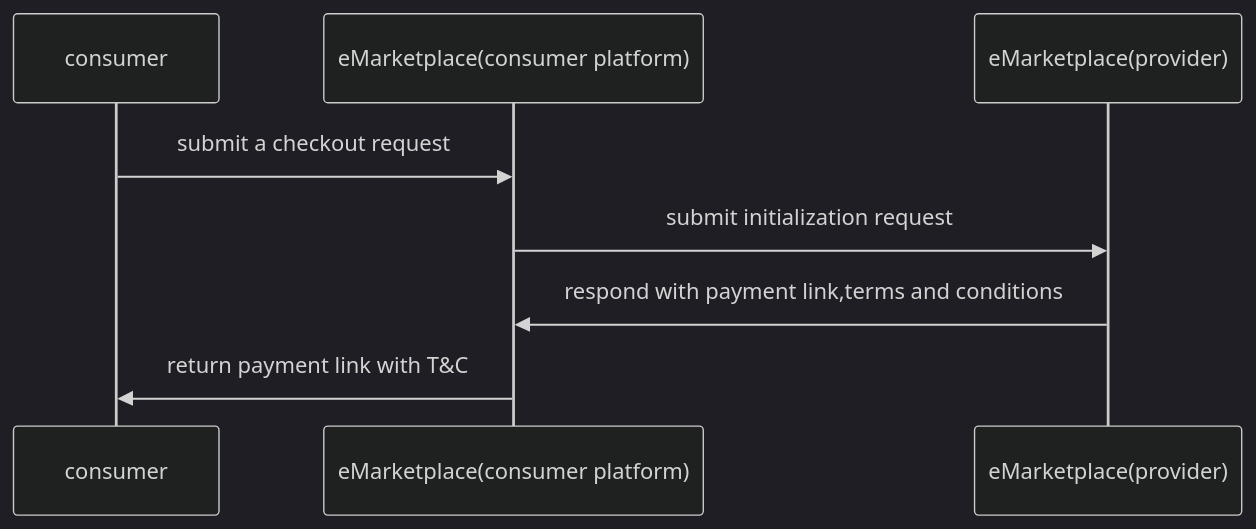
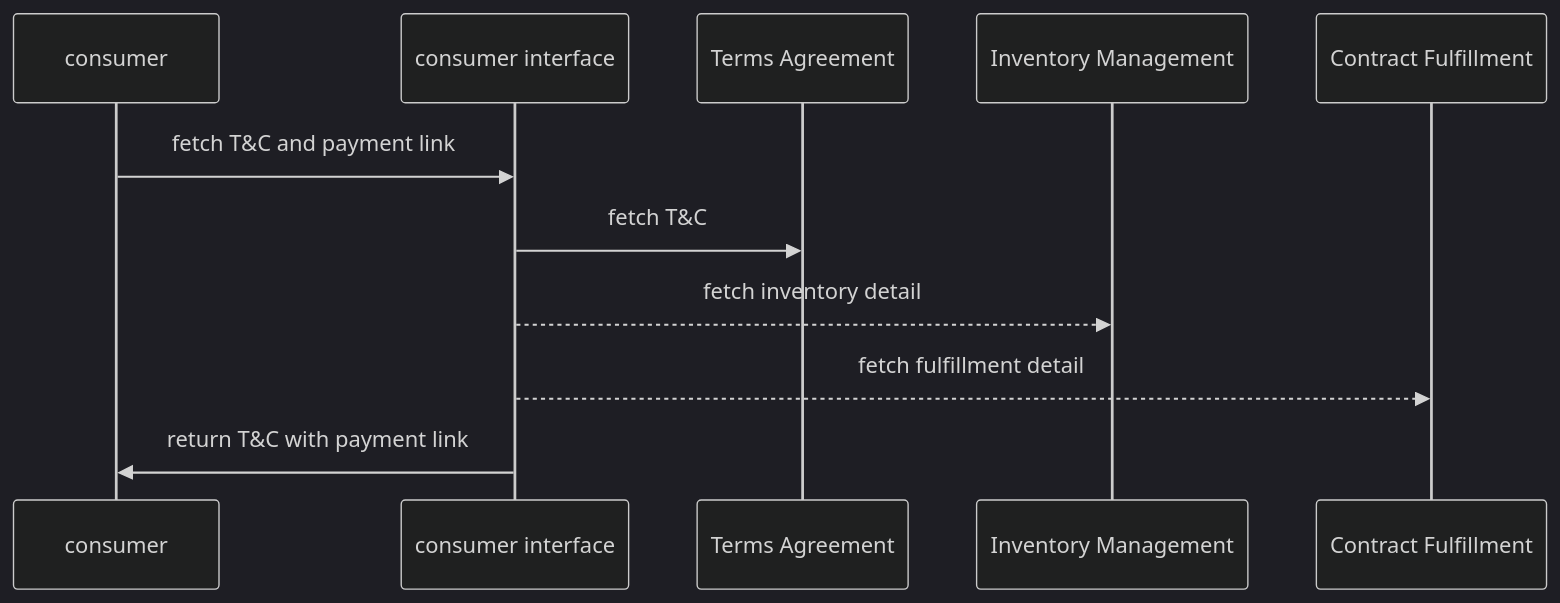
One commit to GovStackWorkingGroup/bb-emarketplace changed the third of 14 diagrams in spec/9-workflows.md. Above: the diagram before and after it, drawn with Mermaid (dark theme). The commit also changed other lines of this file and 3 other files, not shown here.

````diff
--- a/spec/9-workflows.md
+++ b/spec/9-workflows.md
@@ -72,8 +76,11 @@
 ```mermaid
 sequenceDiagram
-consumer->>eMarketplace(consumer platform): submit a checkout request
-    eMarketplace(consumer platform)->>eMarketplace(provider): submit initialization request
-    eMarketplace(provider)->>eMarketplace(consumer platform): respond with payment link,terms and conditions
-    eMarketplace(consumer platform)->>consumer: return payment link with T&C
+consumer->>consumer interface: fetch T&C and payment link
+    consumer interface->>Terms Agreement: fetch T&C
+consumer interface-->>Inventory Management: fetch inventory detail
+consumer interface-->>Contract Fulfillment: fetch fulfillment detail
+consumer interface->>consumer:return T&C with payment link
+
+            
 
 ```
````
